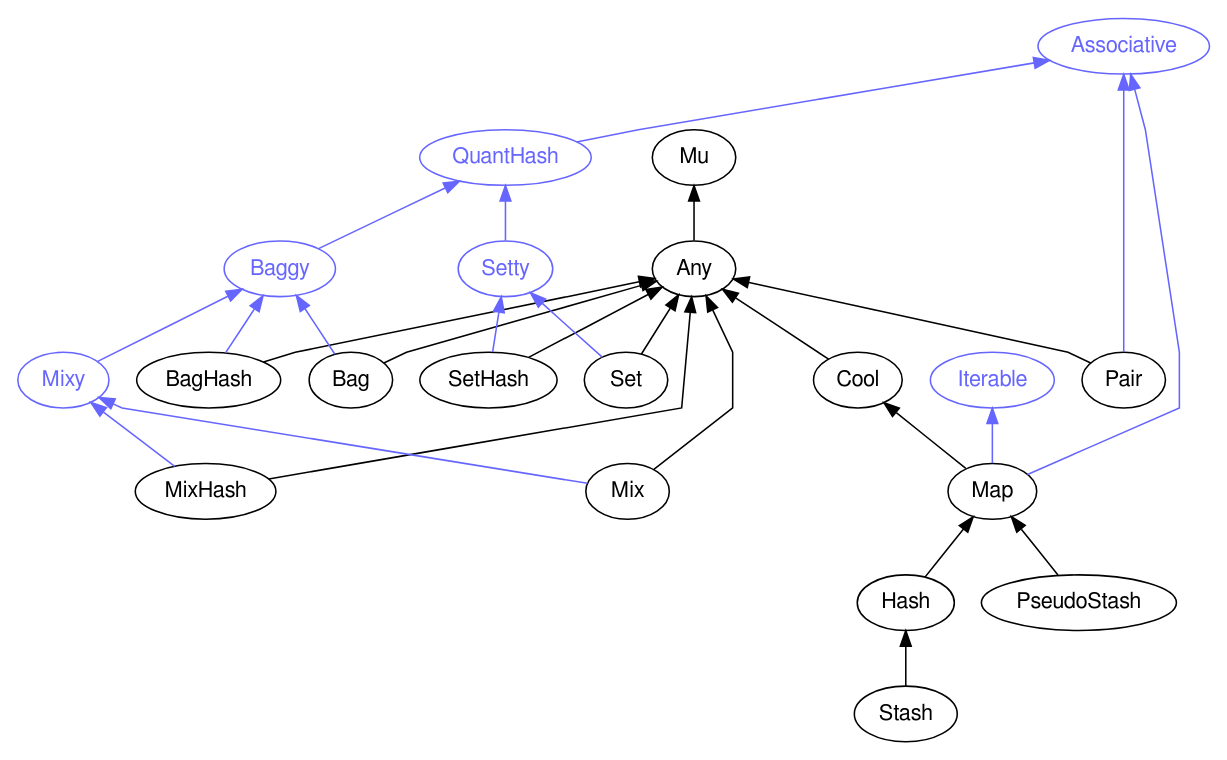
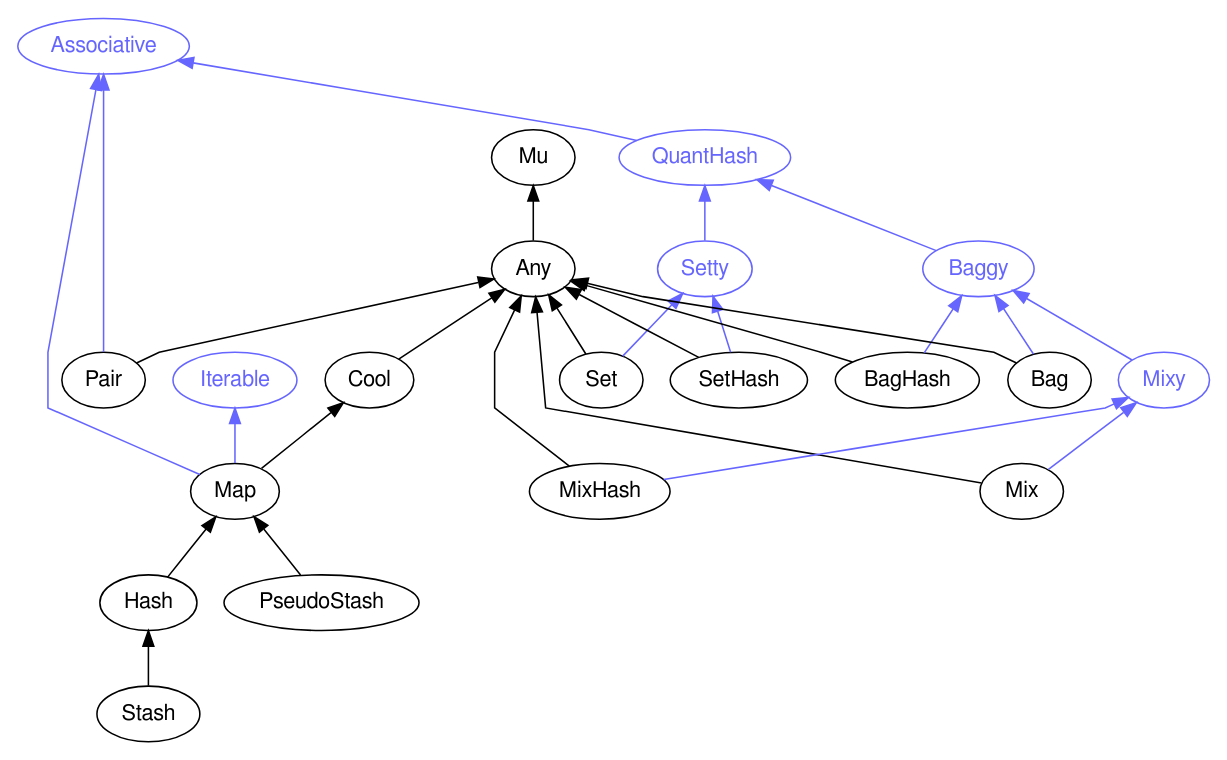
Before and after one commit to perl6docs/perl6docs.github.io: the diagram in images/type-graph-Associative.svg.dot, drawn with Graphviz. The commit also changed other lines of this file and 4371 other files, not shown here.

```diff
--- a/images/type-graph-Associative.svg.dot
+++ b/images/type-graph-Associative.svg.dot
@@ -1,56 +1,56 @@
 digraph "perl6-type-graph" {
     rankdir=BT;
     splines=polyline;
     overlap=false; 
     // Types
     "Associative" [color="#6666FF", fontcolor="#6666FF", href="/type/Associative", fontname="FreeSans"];
     "Mu" [color="#000000", fontcolor="#000000", href="/type/Mu", fontname="FreeSans"];
     "Any" [color="#000000", fontcolor="#000000", href="/type/Any", fontname="FreeSans"];
-    "Pair" [color="#000000", fontcolor="#000000", href="/type/Pair", fontname="FreeSans"];
     "Cool" [color="#000000", fontcolor="#000000", href="/type/Cool", fontname="FreeSans"];
     "Iterable" [color="#6666FF", fontcolor="#6666FF", href="/type/Iterable", fontname="FreeSans"];
     "Map" [color="#000000", fontcolor="#000000", href="/type/Map", fontname="FreeSans"];
+    "Pair" [color="#000000", fontcolor="#000000", href="/type/Pair", fontname="FreeSans"];
     "QuantHash" [color="#6666FF", fontcolor="#6666FF", href="/type/QuantHash", fontname="FreeSans"];
     "Hash" [color="#000000", fontcolor="#000000", href="/type/Hash", fontname="FreeSans"];
     "PseudoStash" [color="#000000", fontcolor="#000000", href="/type/PseudoStash", fontname="FreeSans"];
+    "Setty" [color="#6666FF", fontcolor="#6666FF", href="/type/Setty", fontname="FreeSans"];
     "Baggy" [color="#6666FF", fontcolor="#6666FF", href="/type/Baggy", fontname="FreeSans"];
-    "Setty" [color="#6666FF", fontcolor="#6666FF", href="/type/Setty", fontname="FreeSans"];
     "Stash" [color="#000000", fontcolor="#000000", href="/type/Stash", fontname="FreeSans"];
+    "Set" [color="#000000", fontcolor="#000000", href="/type/Set", fontname="FreeSans"];
+    "SetHash" [color="#000000", fontcolor="#000000", href="/type/SetHash", fontname="FreeSans"];
+    "BagHash" [color="#000000", fontcolor="#000000", href="/type/BagHash", fontname="FreeSans"];
     "Mixy" [color="#6666FF", fontcolor="#6666FF", href="/type/Mixy", fontname="FreeSans"];
-    "BagHash" [color="#000000", fontcolor="#000000", href="/type/BagHash", fontname="FreeSans"];
     "Bag" [color="#000000", fontcolor="#000000", href="/type/Bag", fontname="FreeSans"];
-    "SetHash" [color="#000000", fontcolor="#000000", href="/type/SetHash", fontname="FreeSans"];
-    "Set" [color="#000000", fontcolor="#000000", href="/type/Set", fontname="FreeSans"];
+    "Mix" [color="#000000", fontcolor="#000000", href="/type/Mix", fontname="FreeSans"];
     "MixHash" [color="#000000", fontcolor="#000000", href="/type/MixHash", fontname="FreeSans"];
-    "Mix" [color="#000000", fontcolor="#000000", href="/type/Mix", fontname="FreeSans"];
 
     // Superclasses
     "Any" -> "Mu" [color="#000000"];
-    "Pair" -> "Any" [color="#000000"];
     "Cool" -> "Any" [color="#000000"];
     "Map" -> "Cool" [color="#000000"];
+    "Pair" -> "Any" [color="#000000"];
     "Hash" -> "Map" [color="#000000"];
     "PseudoStash" -> "Map" [color="#000000"];
     "Stash" -> "Hash" [color="#000000"];
+    "Set" -> "Any" [color="#000000"];
+    "SetHash" -> "Any" [color="#000000"];
     "BagHash" -> "Any" [color="#000000"];
     "Bag" -> "Any" [color="#000000"];
-    "SetHash" -> "Any" [color="#000000"];
-    "Set" -> "Any" [color="#000000"];
+    "Mix" -> "Any" [color="#000000"];
     "MixHash" -> "Any" [color="#000000"];
-    "Mix" -> "Any" [color="#000000"];
 
     // Roles
-    "Pair" -> "Associative" [color="#6666FF"];
     "Map" -> "Iterable" [color="#6666FF"];
     "Map" -> "Associative" [color="#6666FF"];
+    "Pair" -> "Associative" [color="#6666FF"];
     "QuantHash" -> "Associative" [color="#6666FF"];
+    "Setty" -> "QuantHash" [color="#6666FF"];
     "Baggy" -> "QuantHash" [color="#6666FF"];
-    "Setty" -> "QuantHash" [color="#6666FF"];
+    "Set" -> "Setty" [color="#6666FF"];
+    "SetHash" -> "Setty" [color="#6666FF"];
+    "BagHash" -> "Baggy" [color="#6666FF"];
     "Mixy" -> "Baggy" [color="#6666FF"];
-    "BagHash" -> "Baggy" [color="#6666FF"];
     "Bag" -> "Baggy" [color="#6666FF"];
-    "SetHash" -> "Setty" [color="#6666FF"];
-    "Set" -> "Setty" [color="#6666FF"];
+    "Mix" -> "Mixy" [color="#6666FF"];
     "MixHash" -> "Mixy" [color="#6666FF"];
-    "Mix" -> "Mixy" [color="#6666FF"];
 }
```
